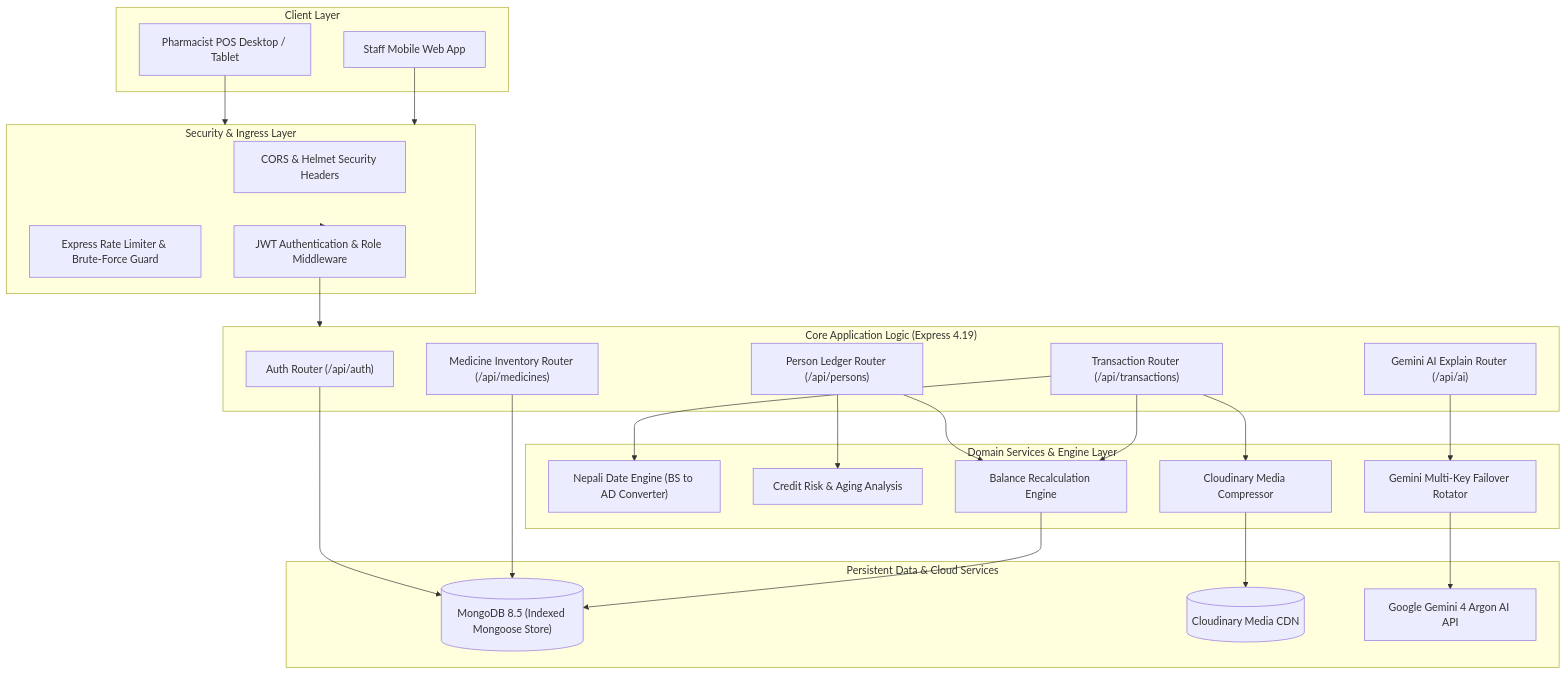
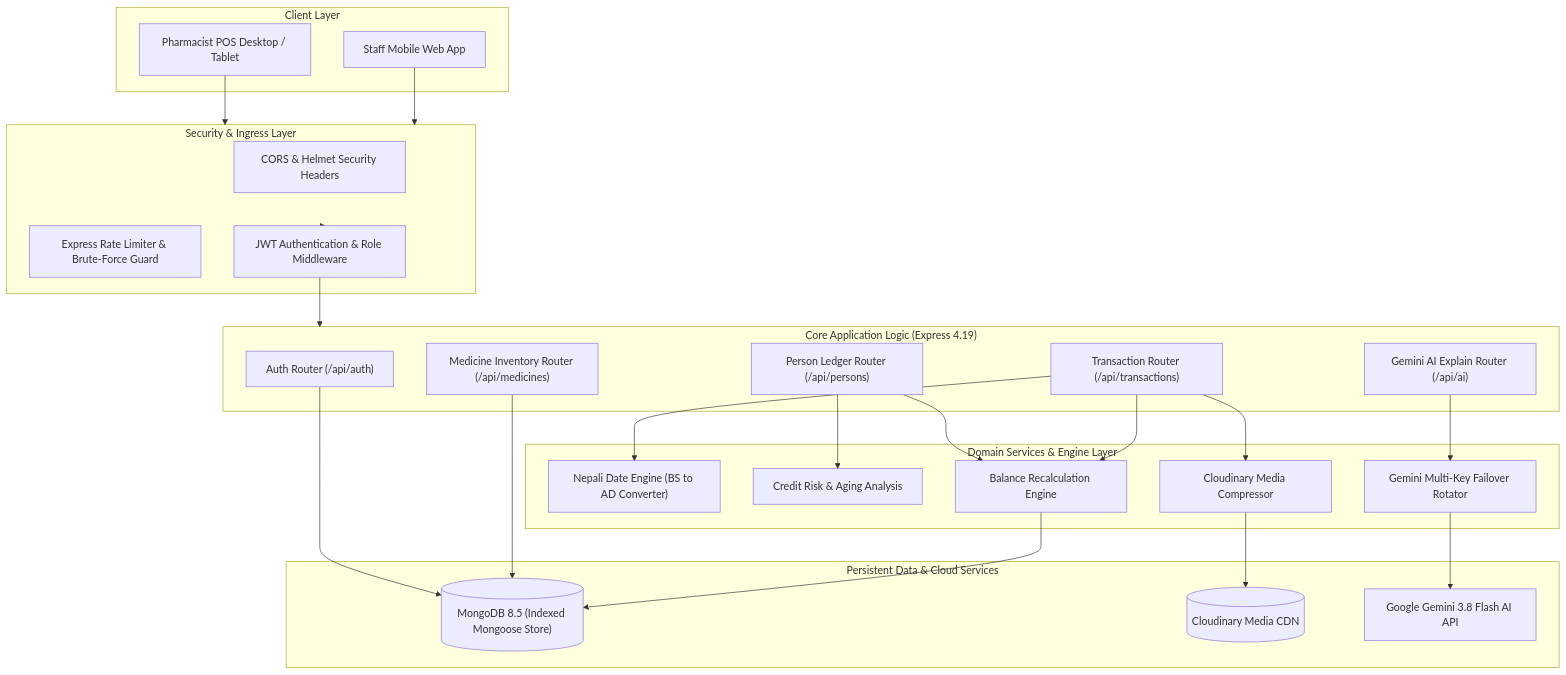
The first of 2 diagrams in README.md (dhrub4545/sonisurgical-backend), drawn with Mermaid before and after one commit. The commit also changed other lines of this file, not shown here.

Commit message:
feat(ai): standardize across all repos on Google Gemini 3.8 Flash

````diff
--- a/README.md
+++ b/README.md
@@ -42,53 +42,53 @@
 ```mermaid
 flowchart TD
     subgraph Clients["Client Layer"]
         POS["Pharmacist POS Desktop / Tablet"]
         Mobile["Staff Mobile Web App"]
     end
 
     subgraph Gateway["Security & Ingress Layer"]
         CORS["CORS & Helmet Security Headers"]
         Limiter["Express Rate Limiter & Brute-Force Guard"]
         JWTAuth["JWT Authentication & Role Middleware"]
     end
 
     subgraph Core["Core Application Logic (Express 4.19)"]
         AuthRouter["Auth Router (/api/auth)"]
         PersonRouter["Person Ledger Router (/api/persons)"]
         TxRouter["Transaction Router (/api/transactions)"]
         MedRouter["Medicine Inventory Router (/api/medicines)"]
         AIRouter["Gemini AI Explain Router (/api/ai)"]
     end
 
     subgraph Services["Domain Services & Engine Layer"]
         BSConvert["Nepali Date Engine (BS to AD Converter)"]
         RiskEngine["Credit Risk & Aging Analysis"]
         LedgerService["Balance Recalculation Engine"]
         KeyRotator["Gemini Multi-Key Failover Rotator"]
         CloudinaryService["Cloudinary Media Compressor"]
     end
 
     subgraph Storage["Persistent Data & Cloud Services"]
         MongoDB[("MongoDB 8.5 (Indexed Mongoose Store)")]
         Cloudinary[("Cloudinary Media CDN")]
-        GeminiAPI["Google Gemini 4 Argon AI API"]
+        GeminiAPI["Google Gemini 3.8 Flash AI API"]
     end
 
     POS --> Gateway
     Mobile --> Gateway
     Gateway --> JWTAuth
     JWTAuth --> Core
 
     AuthRouter --> MongoDB
     PersonRouter --> LedgerService
     PersonRouter --> RiskEngine
     TxRouter --> BSConvert
     TxRouter --> CloudinaryService
     TxRouter --> LedgerService
     MedRouter --> MongoDB
     AIRouter --> KeyRotator
 
     LedgerService --> MongoDB
     CloudinaryService --> Cloudinary
     KeyRotator --> GeminiAPI
 ```
````
